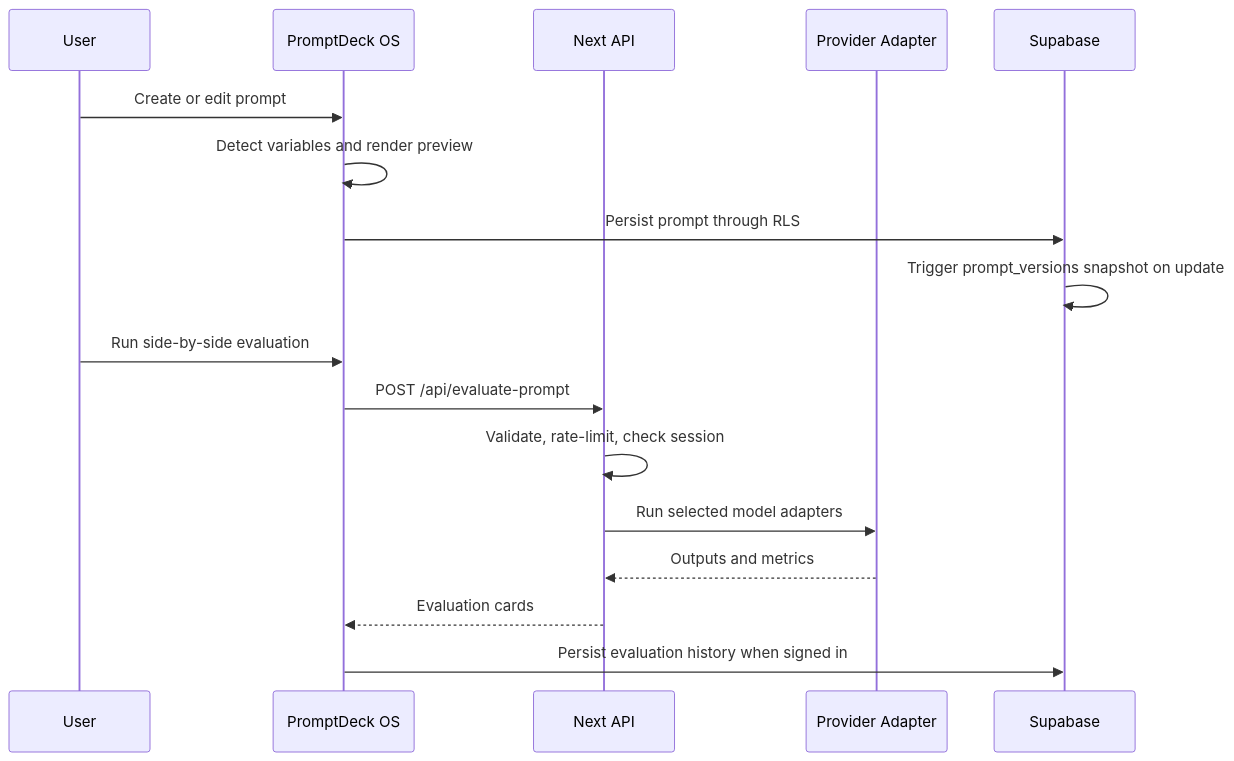
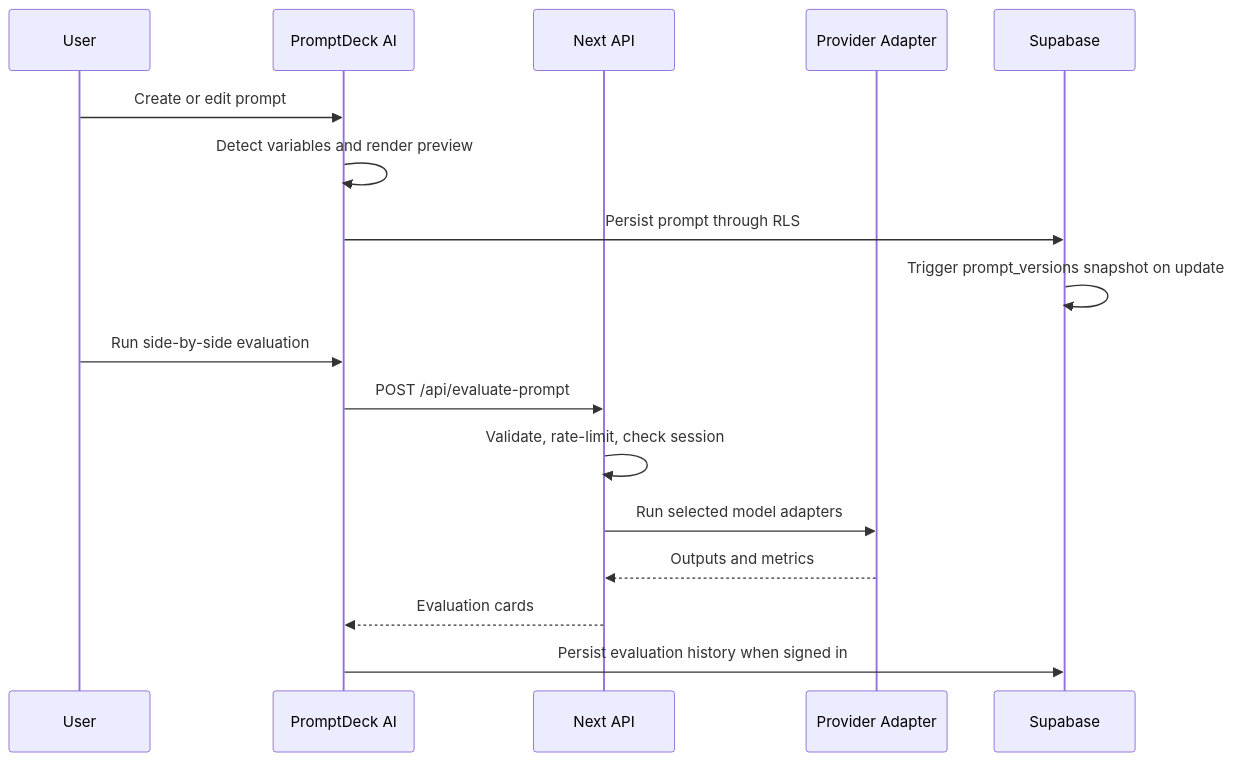
The second of 4 diagrams in docs/ARCHITECTURE.md (obone410/AI-Prompt-Management-Platform), drawn with Mermaid before and after one commit. The commit also changed other lines of this file and 7 other files, not shown here.

Commit message:
Reposition product as PromptDeck AI PromptOps Platform

````diff
--- a/docs/ARCHITECTURE.md
+++ b/docs/ARCHITECTURE.md
@@ -36,20 +36,20 @@
 ```mermaid
 sequenceDiagram
   participant User
-  participant UI as PromptDeck OS
+  participant UI as PromptDeck AI
   participant API as Next API
   participant AI as Provider Adapter
   participant DB as Supabase
 
   User->>UI: Create or edit prompt
   UI->>UI: Detect variables and render preview
   UI->>DB: Persist prompt through RLS
   DB->>DB: Trigger prompt_versions snapshot on update
   User->>UI: Run side-by-side evaluation
   UI->>API: POST /api/evaluate-prompt
   API->>API: Validate, rate-limit, check session
   API->>AI: Run selected model adapters
   AI-->>API: Outputs and metrics
   API-->>UI: Evaluation cards
   UI->>DB: Persist evaluation history when signed in
 ```
````
